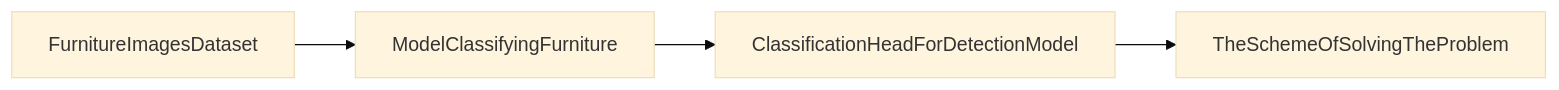
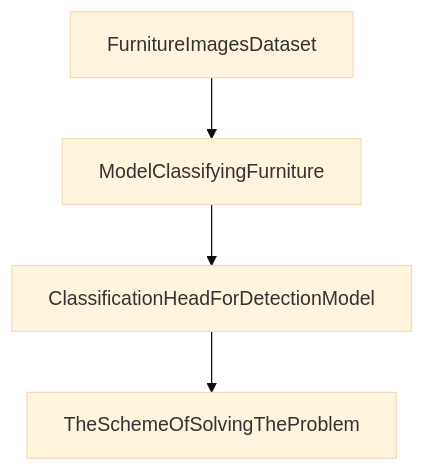
One commit to RepnikovPavel/FurnitureDetection changed the fifth of 8 diagrams in ReadMe.md. Above: the diagram before and after it, drawn with Mermaid (base theme). The commit also changed other lines of this file, not shown here.

````diff
--- a/ReadMe.md
+++ b/ReadMe.md
@@ -98,7 +98,7 @@
 ```mermaid
-graph LR
+graph TD
 
 FurnitureImagesDataset --> ModelСlassifyingFurniture
 ModelСlassifyingFurniture --> ClassificationHeadForDetectionModel --> TheSchemeOfSolvingTheProblem
 
 ```  
````
